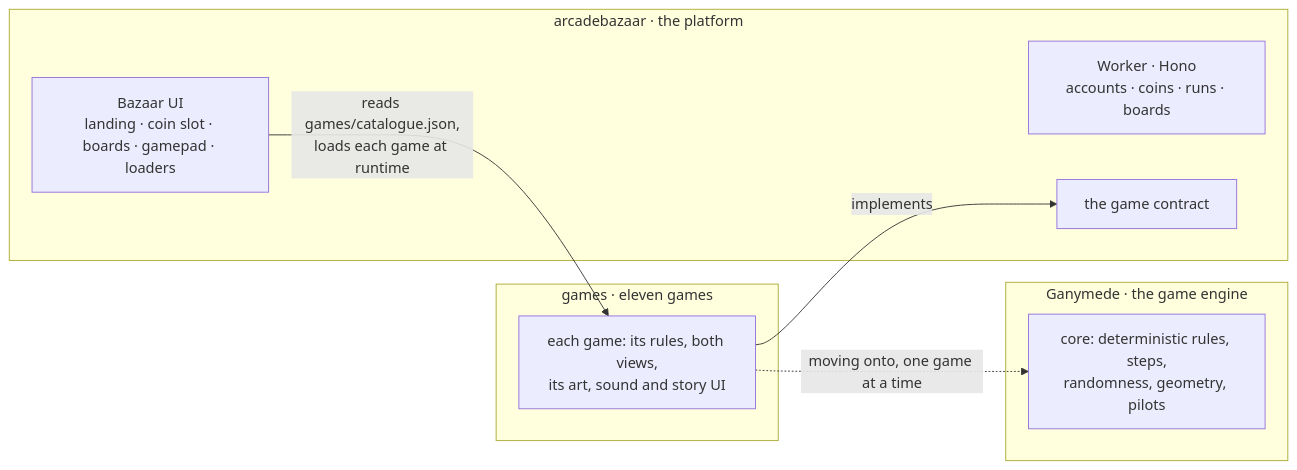
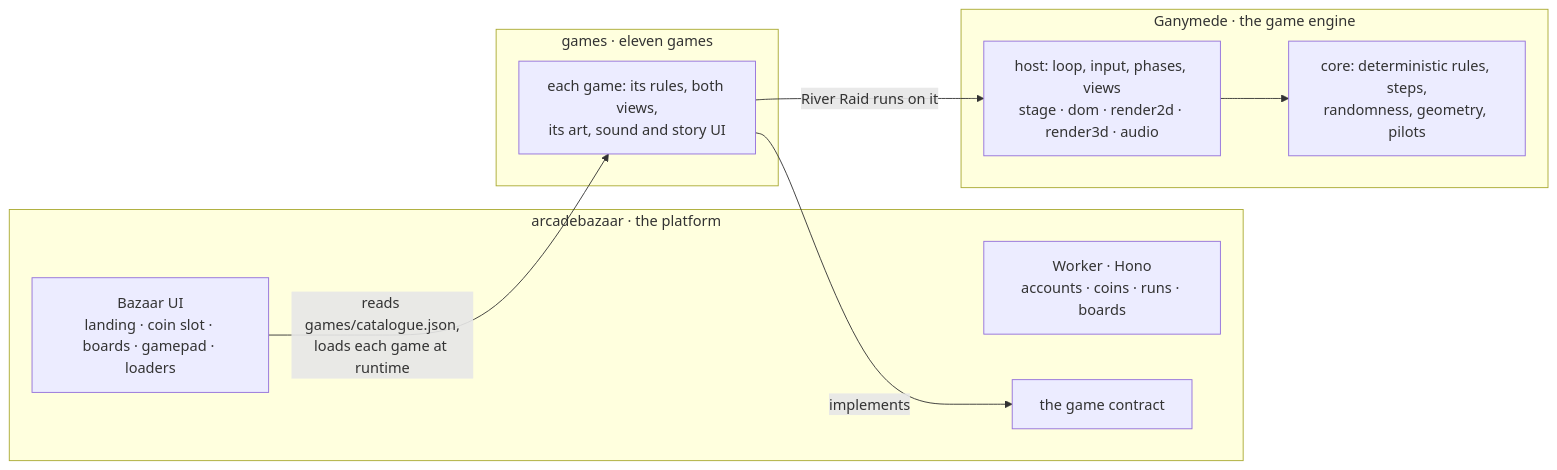
One commit to GoPlausible/colosseum-cryptofair-hackathon changed the first of 2 diagrams in README.md. Above: the diagram before and after it, drawn with Mermaid. The commit also changed other lines of this file, not shown here.

````diff
--- a/README.md
+++ b/README.md
@@ -138,17 +138,19 @@
 ```mermaid
 flowchart LR
   subgraph AB["arcadebazaar · the platform"]
     UI["Bazaar UI<br/>landing · coin slot · boards · gamepad · loaders"]
     API["Worker · Hono<br/>accounts · coins · runs · boards"]
     C["the game contract"]
   end
   subgraph G["games · eleven games"]
     GM["each game: its rules, both views,<br/>its art, sound and story UI"]
   end
   subgraph E["Ganymede · the game engine"]
+    HOST["host: loop, input, phases, views<br/>stage · dom · render2d · render3d · audio"]
     CORE["core: deterministic rules, steps,<br/>randomness, geometry, pilots"]
   end
   UI -- "reads games/catalogue.json,<br/>loads each game at runtime" --> GM
   GM -- implements --> C
-  GM -. "moving onto, one game at a time" .-> CORE
+  GM -- "River Raid runs on it" --> HOST
+  HOST --> CORE
 ```
````
